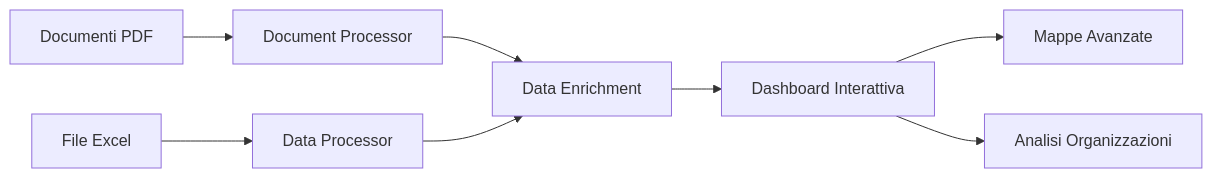
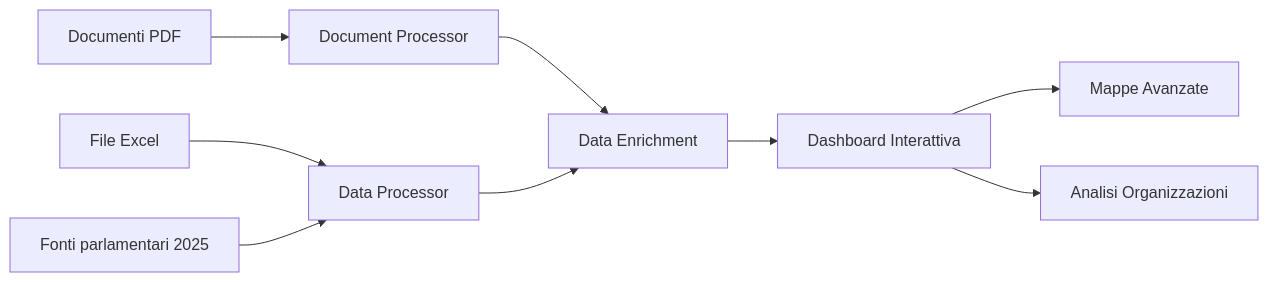
Before and after one commit to CosimoMelella92/MIDA-Missioni-Internazionali-e-Dati-Analitici: the diagram in README.md, drawn with Mermaid. The commit also changed other lines of this file and 9 other files, not shown here.

````diff
--- a/README.md
+++ b/README.md
@@ -43,10 +43,11 @@
 ```mermaid
 graph LR
     A[Documenti PDF] --> B[Document Processor]
     C[File Excel] --> D[Data Processor]
-    B --> E[Data Enrichment]
-    D --> E
-    E --> F[Dashboard Interattiva]
-    F --> G[Mappe Avanzate]
-    F --> H[Analisi Organizzazioni]
+    E[Fonti parlamentari 2025] --> D
+    B --> F[Data Enrichment]
+    D --> F
+    F --> G[Dashboard Interattiva]
+    G --> H[Mappe Avanzate]
+    G --> I[Analisi Organizzazioni]
 ```
````
